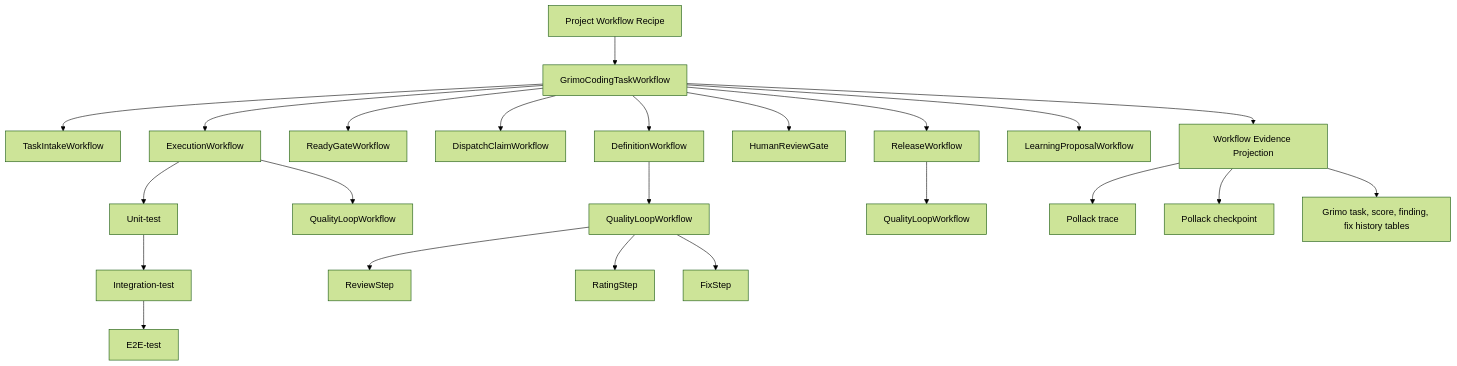
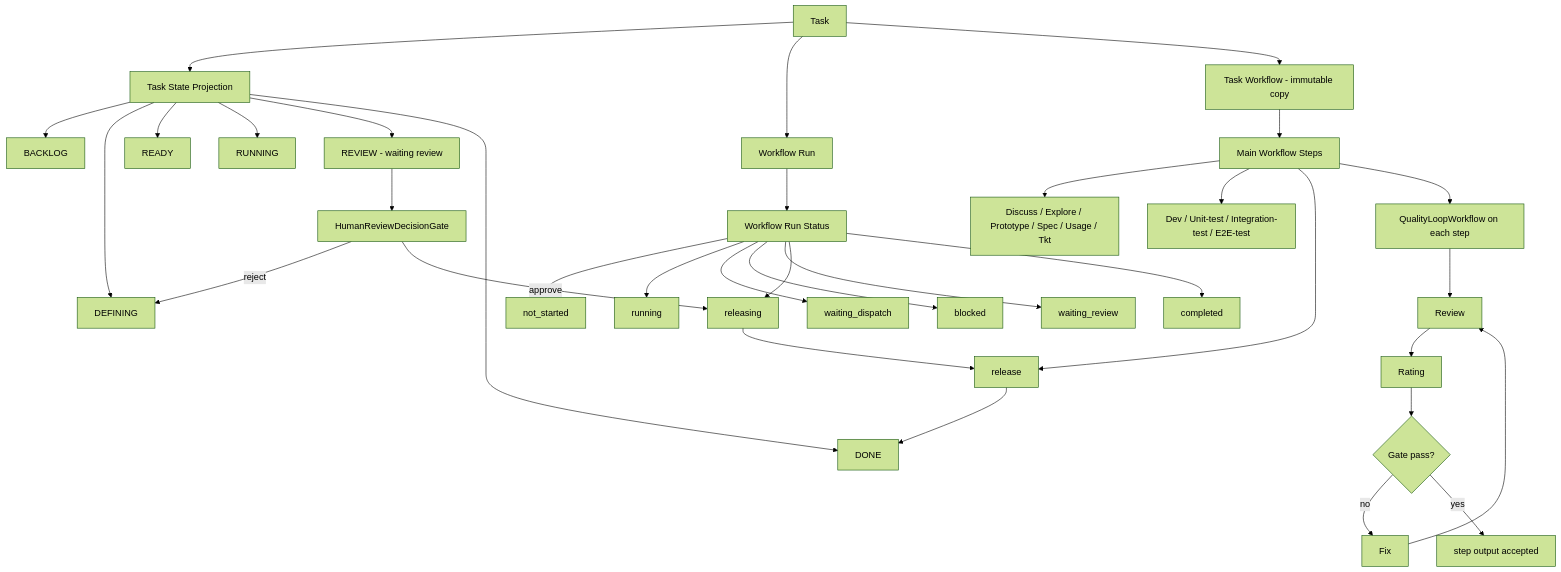
One commit to samzhu/grimoAPP changed the first of 10 diagrams in docs/grimo/references/grimo-agent-workflow-definition.md. Above: the diagram before and after it, drawn with Mermaid (forest theme). The commit also changed other lines of this file and 29 other files, not shown here.

Commit message:
docs: align task workflow model

````diff
--- a/docs/grimo/references/grimo-agent-workflow-definition.md
+++ b/docs/grimo/references/grimo-agent-workflow-definition.md
@@ -60,29 +75,41 @@
 ```mermaid
-flowchart TD
-  Project["Project Workflow Recipe"] --> TaskWorkflow["GrimoCodingTaskWorkflow"]
+flowchart TB
+  Task["Task"] --> State["Task State Projection"]
+  Task --> Run["Workflow Run"]
+  Task --> Copy["Task Workflow - immutable copy"]
 
-  TaskWorkflow --> Intake["TaskIntakeWorkflow"]
-  TaskWorkflow --> Definition["DefinitionWorkflow"]
-  TaskWorkflow --> Ready["ReadyGateWorkflow"]
-  TaskWorkflow --> Dispatch["DispatchClaimWorkflow"]
-  TaskWorkflow --> Execution["ExecutionWorkflow"]
-  TaskWorkflow --> HumanReview["HumanReviewGate"]
-  TaskWorkflow --> Release["ReleaseWorkflow"]
-  TaskWorkflow --> Learning["LearningProposalWorkflow"]
+  State --> Backlog["BACKLOG"]
+  State --> DefiningState["DEFINING"]
+  State --> ReadyState["READY"]
+  State --> RunningState["RUNNING"]
+  State --> ReviewState["REVIEW - waiting review"]
+  State --> DoneState["DONE"]
 
-  Definition --> QualityLoopA["QualityLoopWorkflow"]
-  Execution --> QualityLoopB["QualityLoopWorkflow"]
-  Execution --> Unit["Unit-test"]
-  Unit --> Integration["Integration-test"]
-  Integration --> E2E["E2E-test"]
-  Release --> QualityLoopC["QualityLoopWorkflow"]
+  Run --> RunStatus["Workflow Run Status"]
+  RunStatus --> NotStarted["not_started"]
+  RunStatus --> RunningRun["running"]
+  RunStatus --> WaitingDispatch["waiting_dispatch"]
+  RunStatus --> BlockedRun["blocked"]
+  RunStatus --> WaitingReview["waiting_review"]
+  RunStatus --> ReleasingRun["releasing"]
+  RunStatus --> CompletedRun["completed"]
 
-  QualityLoopA --> Review["ReviewStep"]
-  QualityLoopA --> Rating["RatingStep"]
-  QualityLoopA --> Fix["FixStep"]
+  Copy --> MainSteps["Main Workflow Steps"]
+  MainSteps --> DefinitionSteps["Discuss / Explore / Prototype / Spec / Usage / Tkt"]
+  MainSteps --> ExecutionSteps["Dev / Unit-test / Integration-test / E2E-test"]
+  MainSteps --> ReleaseStep["release"]
 
-  TaskWorkflow --> Evidence["Workflow Evidence Projection"]
-  Evidence --> Trace["Pollack trace"]
-  Evidence --> Checkpoint["Pollack checkpoint"]
-  Evidence --> GrimoTables["Grimo task, score, finding, fix history tables"]
+  MainSteps --> QualityLoop["QualityLoopWorkflow on each step"]
+  QualityLoop --> StepReview["Review"]
+  StepReview --> Rating["Rating"]
+  Rating --> Gate{"Gate pass?"}
+  Gate -- "no" --> Fix["Fix"]
+  Fix --> StepReview
+  Gate -- "yes" --> StepDone["step output accepted"]
+
+  ReviewState --> HumanDecision["HumanReviewDecisionGate"]
+  HumanDecision -->|reject| DefiningState
+  HumanDecision -->|approve| ReleasingRun
+  ReleasingRun --> ReleaseStep
+  ReleaseStep --> DoneState
 ```
````
